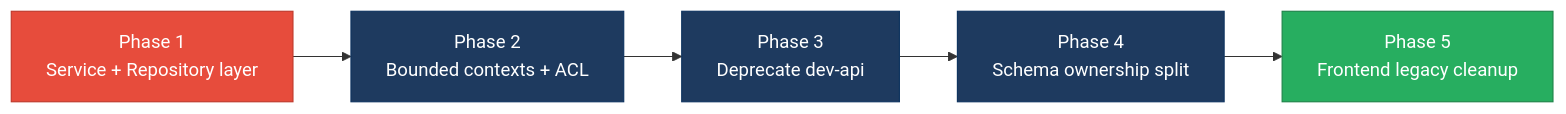
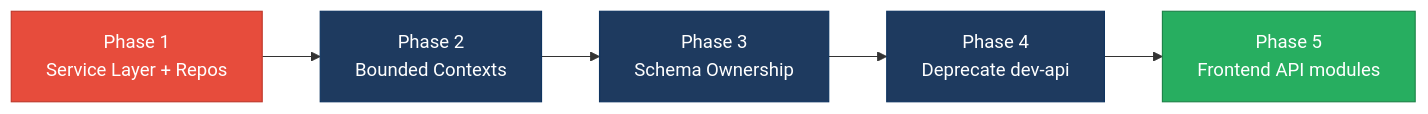
The fifth of 5 diagrams in docs/discovery/01-architecture-design.md (shende-shweta/FSDKC), drawn with Mermaid before and after one commit. The commit also changed other lines of this file and 1 other file, not shown here.

````diff
--- a/docs/discovery/01-architecture-design.md
+++ b/docs/discovery/01-architecture-design.md
@@ -545,13 +461,10 @@
 ```mermaid
 flowchart LR
-  P1["Phase 1<br/>Service + Repository layer"] --> P2["Phase 2<br/>Bounded contexts + ACL"]
-  P2 --> P3["Phase 3<br/>Deprecate dev-api"]
-  P3 --> P4["Phase 4<br/>Schema ownership split"]
-  P4 --> P5["Phase 5<br/>Frontend legacy cleanup"]
+  P1["Phase 1<br/>Service Layer + Repos"] --> P2["Phase 2<br/>Bounded Contexts"] --> P3["Phase 3<br/>Schema Ownership"] --> P4["Phase 4<br/>Deprecate dev-api"] --> P5["Phase 5<br/>Frontend API modules"]
   classDef todo fill:#1e3a5f,stroke:#0f3460,color:#fff
   classDef first fill:#e74c3c,stroke:#c0392b,color:#fff
   classDef last fill:#27ae60,stroke:#1e8449,color:#fff
   class P1 first
   class P2,P3,P4 todo
   class P5 last
 ```
````
